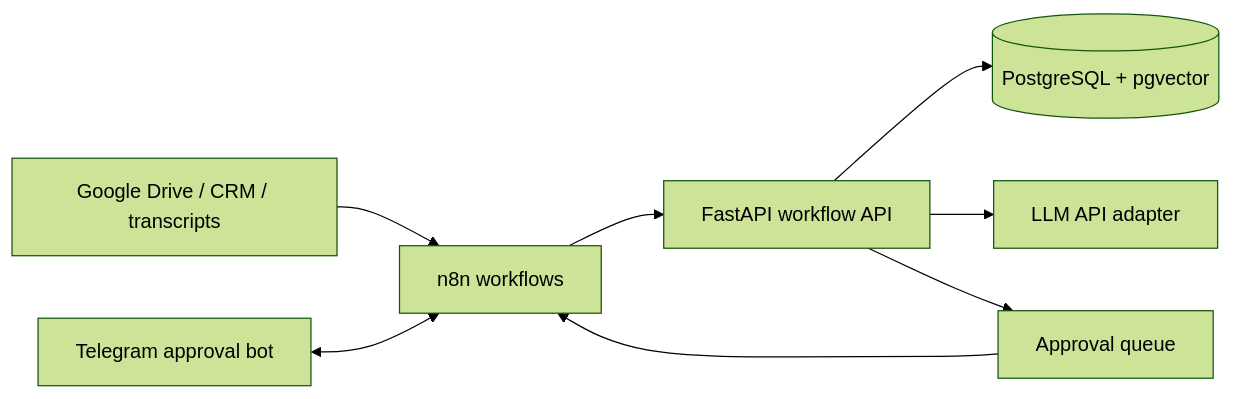
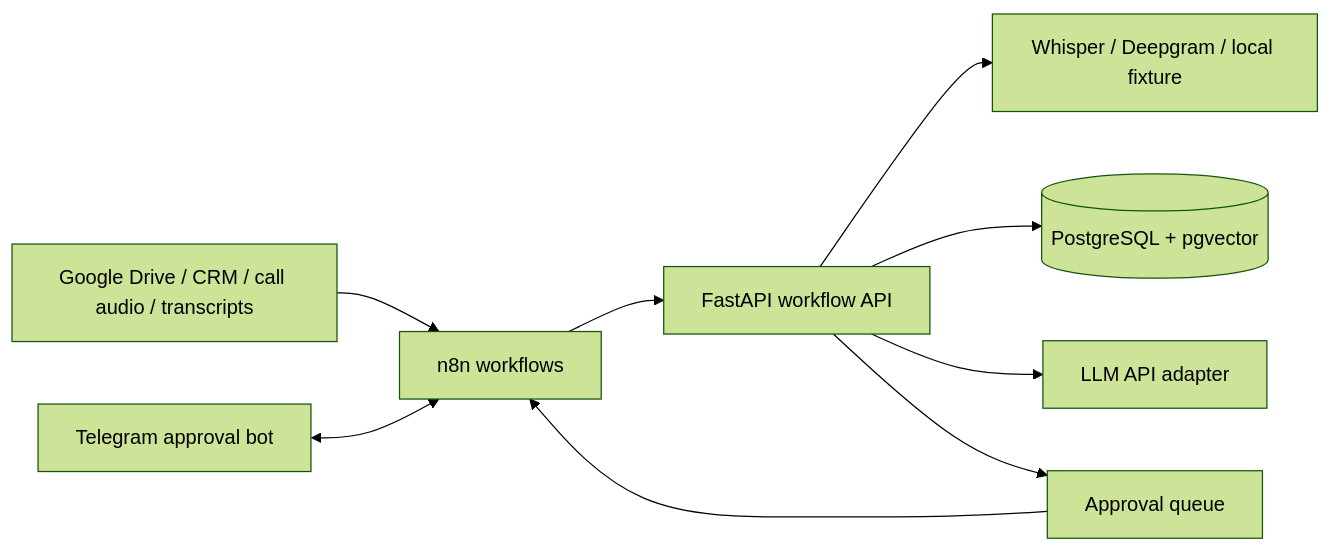
One commit to AlexGerlitz/ai-ops-workflow-kit changed the diagram in README.md. Above: the diagram before and after it, drawn with Mermaid (forest theme). The commit also changed other lines of this file and 26 other files, not shown here.

Commit message:
Add call audio transcription workflow

````diff
--- a/README.md
+++ b/README.md
@@ -74,10 +74,11 @@
 ```mermaid
 flowchart LR
-  Drive[Google Drive / CRM / transcripts] --> N8N[n8n workflows]
+  Drive[Google Drive / CRM / call audio / transcripts] --> N8N[n8n workflows]
   Telegram[Telegram approval bot] <--> N8N
   N8N --> API[FastAPI workflow API]
+  API --> STT[Whisper / Deepgram / local fixture]
   API --> Vector[(PostgreSQL + pgvector)]
   API --> LLM[LLM API adapter]
   API --> Queue[Approval queue]
   Queue --> N8N
 ```
````
